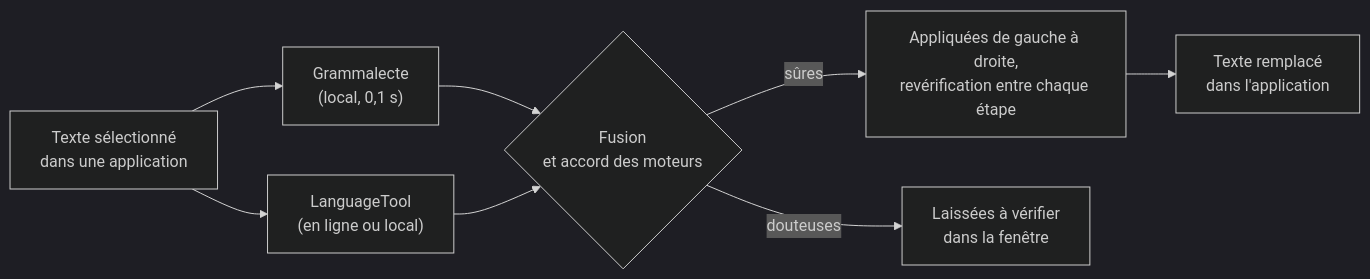
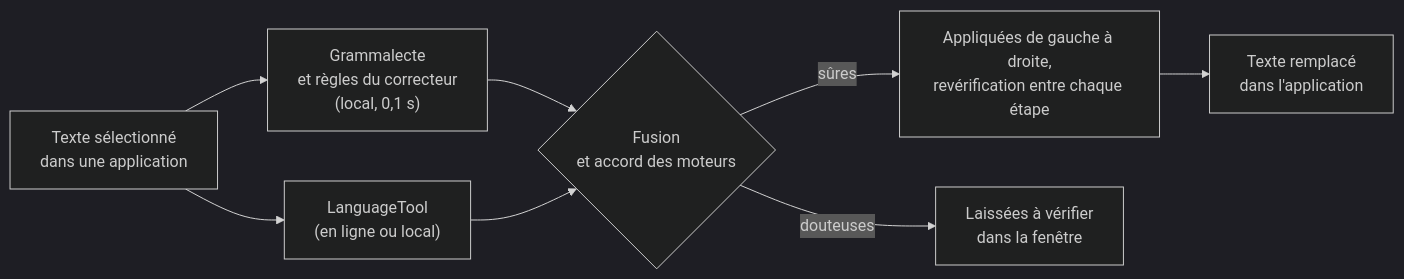
Before and after one commit to mateo-brl/correcteur_orthographe: the diagram in README.md, drawn with Mermaid (dark theme). The commit also changed other lines of this file and 7 other files, not shown here.

````diff
--- a/README.md
+++ b/README.md
@@ -231,10 +240,10 @@
 ```mermaid
 flowchart LR
-    A["Texte sélectionné<br/>dans une application"] --> B["Grammalecte<br/>(local, 0,1 s)"]
+    A["Texte sélectionné<br/>dans une application"] --> B["Grammalecte<br/>et règles du correcteur<br/>(local, 0,1 s)"]
     A --> C["LanguageTool<br/>(en ligne ou local)"]
     B --> D{"Fusion<br/>et accord des moteurs"}
     C --> D
     D -->|sûres| E["Appliquées de gauche à droite,<br/>revérification entre chaque étape"]
     D -->|douteuses| F["Laissées à vérifier<br/>dans la fenêtre"]
     E --> G["Texte remplacé<br/>dans l'application"]
 ```
````
